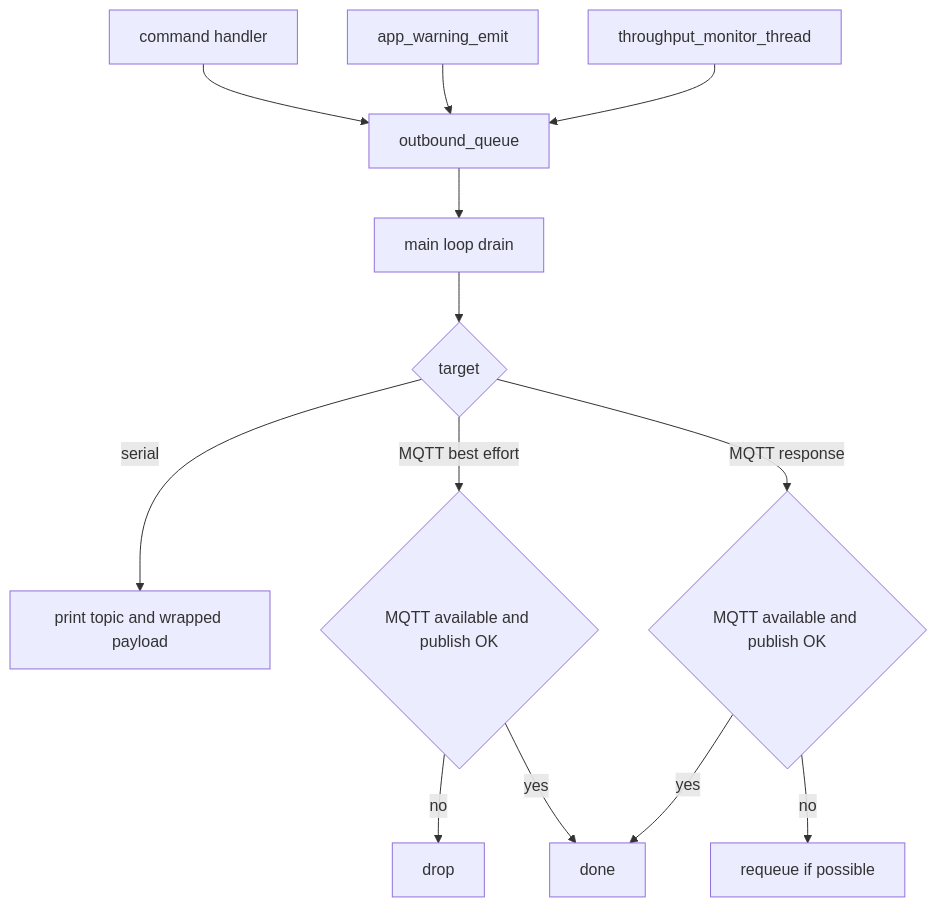
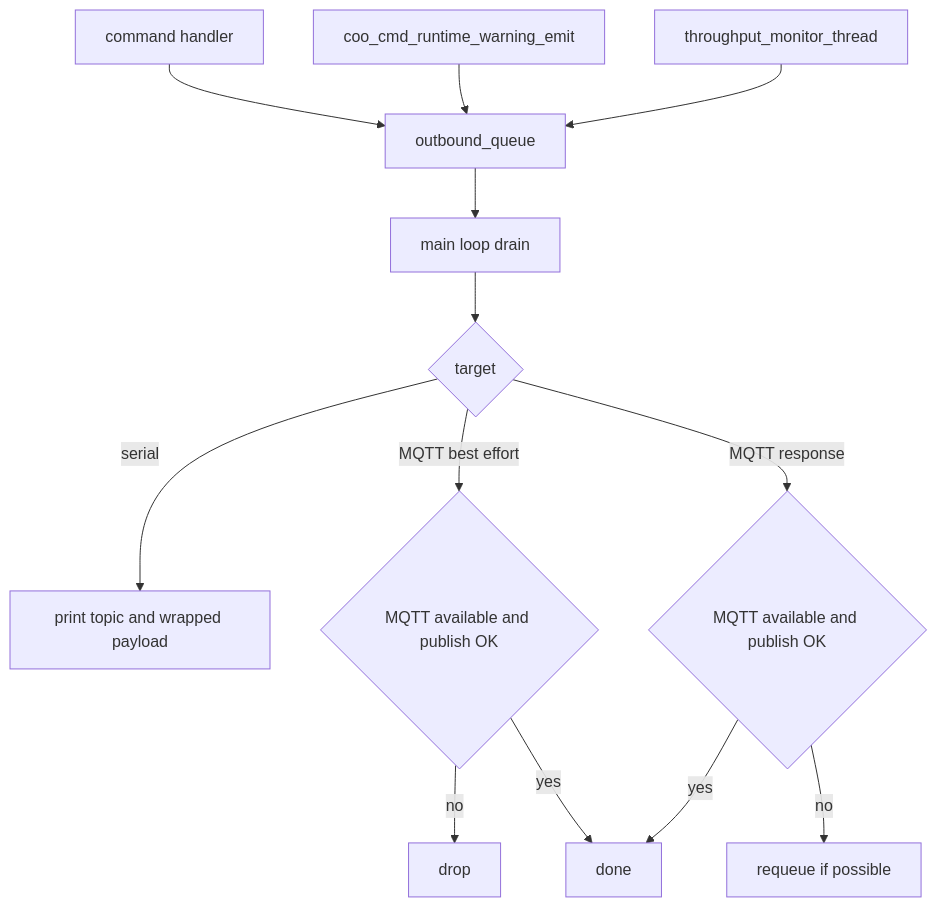
One commit to COO-Utilities/hispec-tib changed the seventh of 22 diagrams in doc/diagrams.md. Above: the diagram before and after it, drawn with Mermaid. The commit also changed other lines of this file and 16 other files, not shown here.

````diff
--- a/doc/diagrams.md
+++ b/doc/diagrams.md
@@ -141,15 +141,15 @@
 ```mermaid
 flowchart TD
   Handler[command handler] --> OutQ[outbound_queue]
-  Warning[app_warning_emit] --> OutQ
+  Warning[coo_cmd_runtime_warning_emit] --> OutQ
   Throughput[throughput_monitor_thread] --> OutQ
   OutQ --> Drain[main loop drain]
   Drain --> Target{target}
   Target -- serial --> Print[print topic and wrapped payload]
   Target -- MQTT best effort --> MQTTBE{MQTT available and publish OK}
   Target -- MQTT response --> MQTT{MQTT available and publish OK}
   MQTTBE -- no --> Drop[drop]
   MQTTBE -- yes --> Done[done]
   MQTT -- no --> Requeue[requeue if possible]
   MQTT -- yes --> Done
 ```
````
